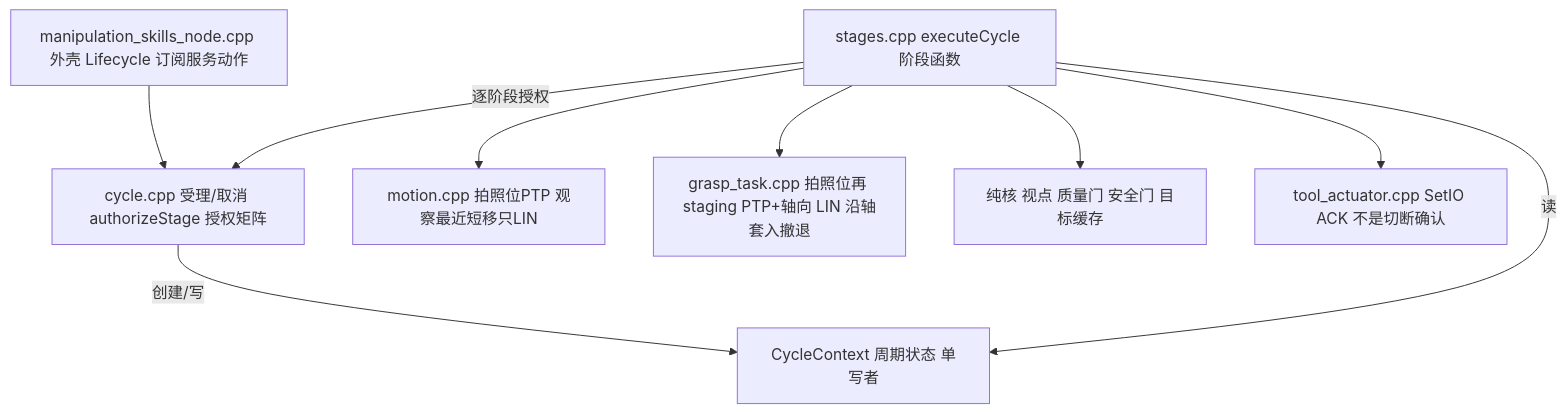
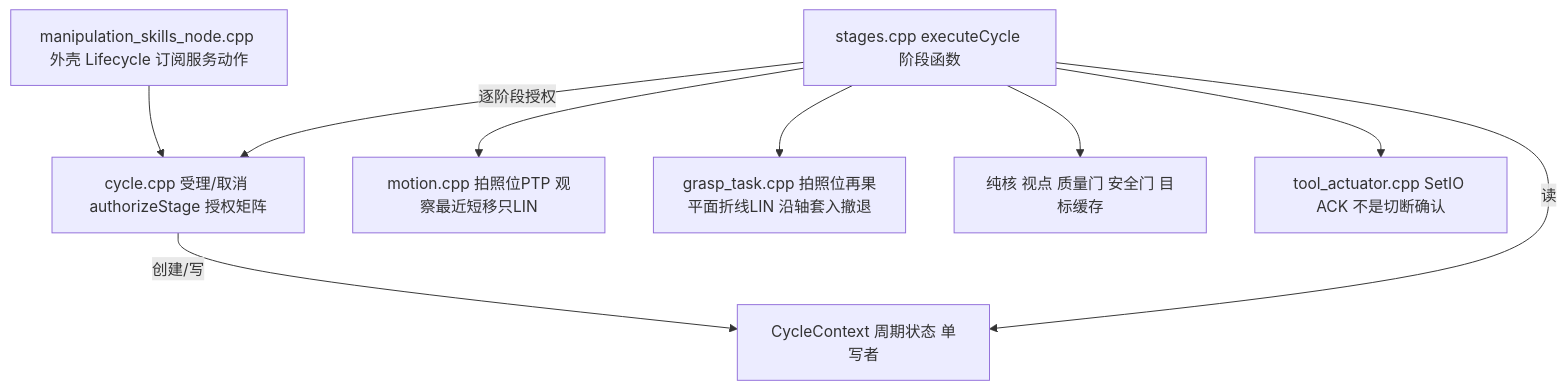
The tenth of 15 diagrams in docs/architecture.md (MUHAN11-c/aubo_boot), drawn with Mermaid before and after one commit. The commit also changed other lines of this file and 66 other files, not shown here.

````diff
--- a/docs/architecture.md
+++ b/docs/architecture.md
@@ -606,19 +606,19 @@
 ```mermaid
 flowchart TB
   node["manipulation_skills_node.cpp 外壳 Lifecycle 订阅服务动作"]
   cycle["cycle.cpp 受理/取消 authorizeStage 授权矩阵"]
   ctx["CycleContext 周期状态 单写者"]
   stages["stages.cpp executeCycle 阶段函数"]
   motion["motion.cpp 拍照位PTP 观察最近短移只LIN"]
-  mtc["grasp_task.cpp 拍照位再 staging PTP+轴向 LIN 沿轴套入撤退"]
+  mtc["grasp_task.cpp 拍照位再果平面折线LIN 沿轴套入撤退"]
   core["纯核 视点 质量门 安全门 目标缓存"]
   tool["tool_actuator.cpp SetIO ACK 不是切断确认"]
   node --> cycle
   cycle -->|"创建/写"| ctx
   stages -->|"读"| ctx
   stages -->|"逐阶段授权"| cycle
   stages --> motion
   stages --> core
   stages --> mtc
   stages --> tool
 ```
````
